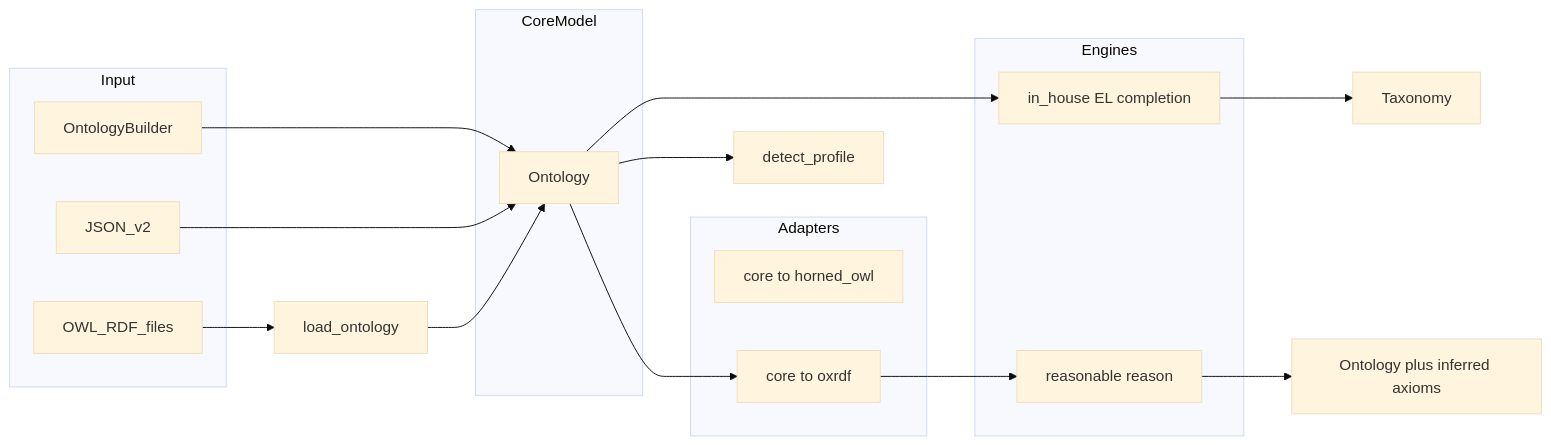
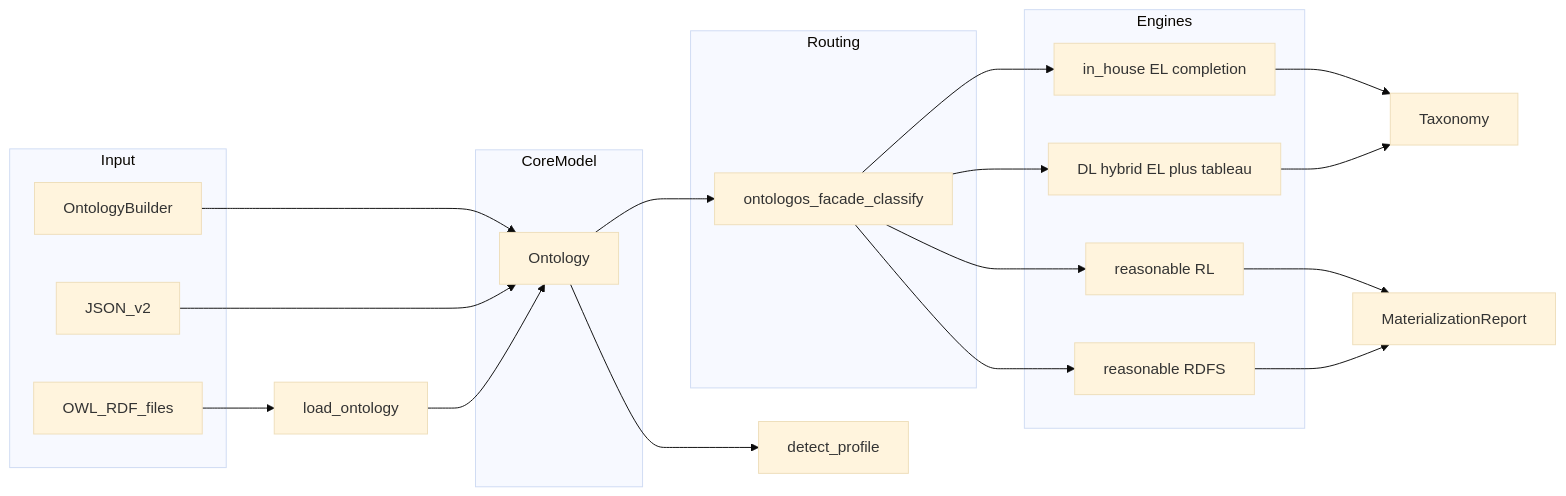
The second of 2 diagrams in docs/architecture.md (eddiethedean/ontologos), drawn with Mermaid (base theme) before and after one commit. The commit also changed other lines of this file and 25 other files, not shown here.

First line of the commit message:
Sync docs with facade/DL preview routing and adoption readiness fixes.

````diff
--- a/docs/architecture.md
+++ b/docs/architecture.md
@@ -63,31 +78,37 @@
 ```mermaid
 flowchart LR
   subgraph input [Input]
     builder[OntologyBuilder]
     json[JSON_v2]
     owl[OWL_RDF_files]
   end
 
   subgraph model [CoreModel]
     ontology[Ontology]
   end
 
-  subgraph adapters [Adapters]
-    bridgeHorned[core to horned_owl]
-    bridgeTriples[core to oxrdf]
+  subgraph routing [Routing]
+    facadeRoute[ontologos_facade_classify]
   end
 
   subgraph engines [Engines]
     elEng[in_house EL completion]
-    reasonableEng[reasonable reason]
+    rlEng[reasonable RL]
+    rdfsEng[reasonable RDFS]
+    dlEng[DL hybrid EL plus tableau]
   end
 
   builder --> ontology
   json --> ontology
   owl --> parser[load_ontology] --> ontology
   ontology --> profileDet[detect_profile]
-  ontology --> elEng
+  ontology --> facadeRoute
+  facadeRoute --> elEng
+  facadeRoute --> rlEng
+  facadeRoute --> rdfsEng
+  facadeRoute --> dlEng
   elEng --> taxonomy[Taxonomy]
-  ontology --> bridgeTriples --> reasonableEng
-  reasonableEng --> saturated[Ontology plus inferred axioms]
+  dlEng --> taxonomy
+  rlEng --> saturated[MaterializationReport]
+  rdfsEng --> saturated
 ```
````
